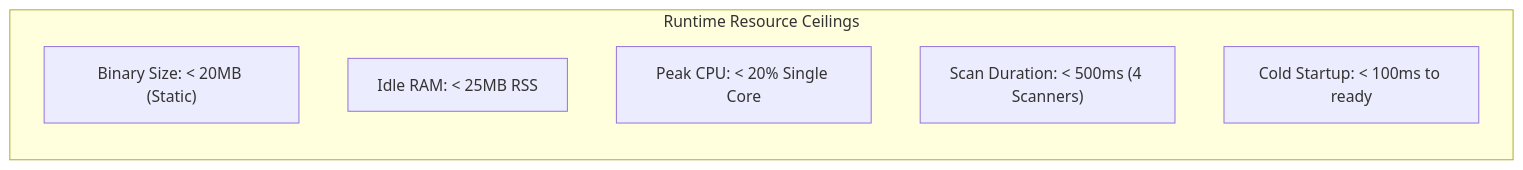
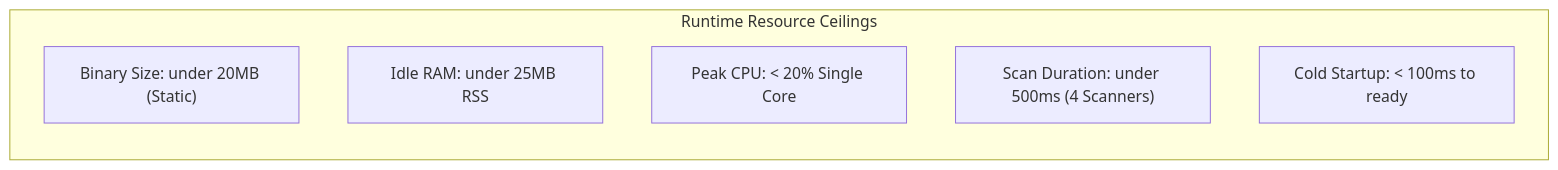
Before and after one commit to Subhadip-Paul2006/NETRA-Backend: the first of 2 diagrams in docs/TRD.md, drawn with Mermaid. The commit also changed other lines of this file and 14 other files, not shown here.

Commit message:
fix(docs): resolve GitHub Mermaid diagram lexical errors and KaTeX math formatting across all specifications

````diff
--- a/docs/TRD.md
+++ b/docs/TRD.md
@@ -44,10 +44,10 @@
 ```mermaid
 flowchart LR
     subgraph Budgets["Runtime Resource Ceilings"]
-        B1["Binary Size: < 20MB (Static)"]
-        B2["Idle RAM: < 25MB RSS"]
+        B1["Binary Size: under 20MB (Static)"]
+        B2["Idle RAM: under 25MB RSS"]
         B3["Peak CPU: < 20% Single Core"]
-        B4["Scan Duration: < 500ms (4 Scanners)"]
+        B4["Scan Duration: under 500ms (4 Scanners)"]
         B5["Cold Startup: < 100ms to ready"]
     end
 ```
````
